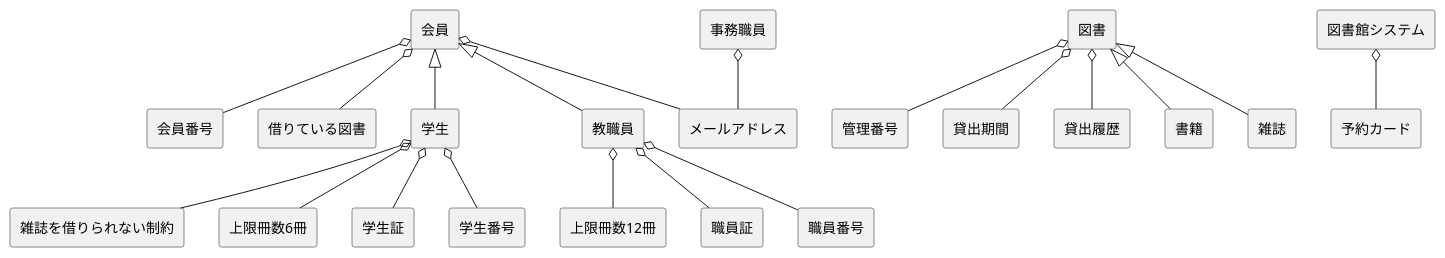
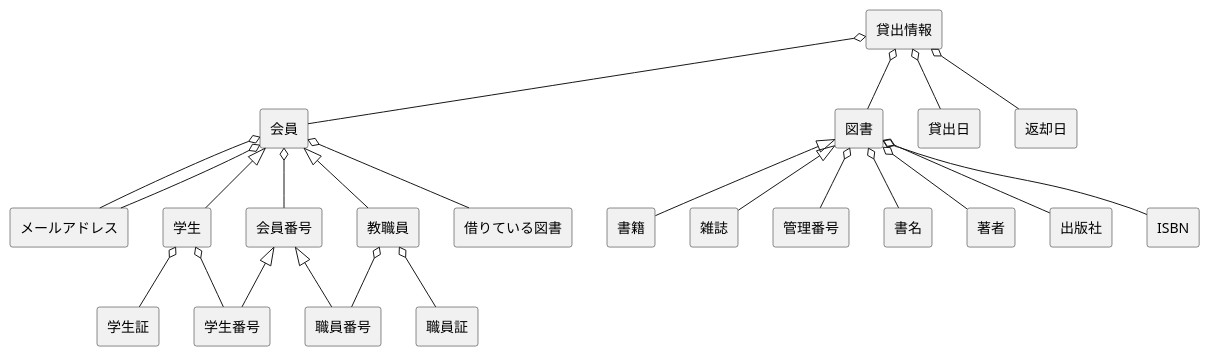
Before and after one commit to FujikawaHirono0520/group3_1_dogdog: the diagram in exam1_answer/domain.pu, drawn with PlantUML.

```diff
--- a/exam1_answer/domain.pu
+++ b/exam1_answer/domain.pu
@@ -1,28 +1,32 @@
 @startuml 大原情報科学大学・図書館システムドメインモデル図
 skinparam componentStyle rectangle
 [会員] o-- [会員番号]
 [会員] o-- [借りている図書]
 [会員] o-- [メールアドレス]
 [会員] <|-- [学生]
 [会員] <|-- [教職員]
+[会員] o-- [メールアドレス]
 
-[学生] o-- [雑誌を借りられない制約]
-[学生] o-- [上限冊数6冊]
 [学生] o-- [学生証]
 [学生] o-- [学生番号]
 
-[教職員] o-- [上限冊数12冊]
 [教職員] o-- [職員証]
 [教職員] o-- [職員番号]
 
-[事務職員] o-- [メールアドレス]
+[会員番号] <|-- [学生番号]
+[会員番号] <|-- [職員番号]
+
+[貸出情報] o-- [図書]
+[貸出情報] o-- [貸出日]
+[貸出情報] o-- [返却日]
+[貸出情報] o-- [会員]
 
 [図書] o-- [管理番号]
-[図書] o-- [貸出期間]
-[図書] o-- [貸出履歴]
+[図書] o-- [書名]
+[図書] o-- [著者]
+[図書] o-- [出版社]
+[図書] o-- [ISBN]
 [図書] <|-- [書籍]
 [図書] <|-- [雑誌]
 
-[図書館システム] o-- [予約カード]
-
 @enduml
```
